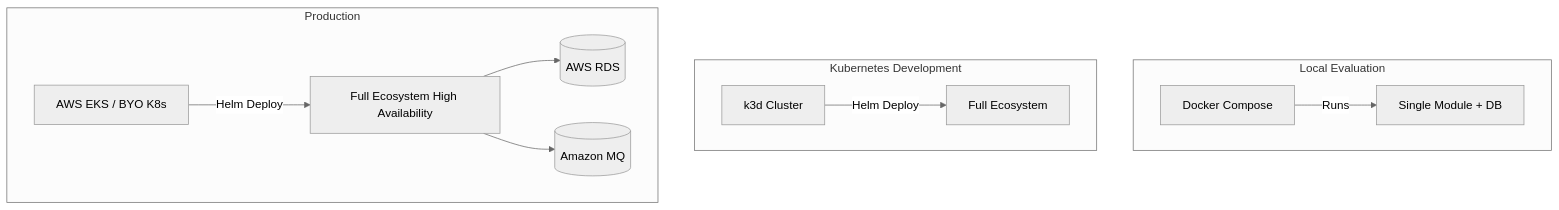
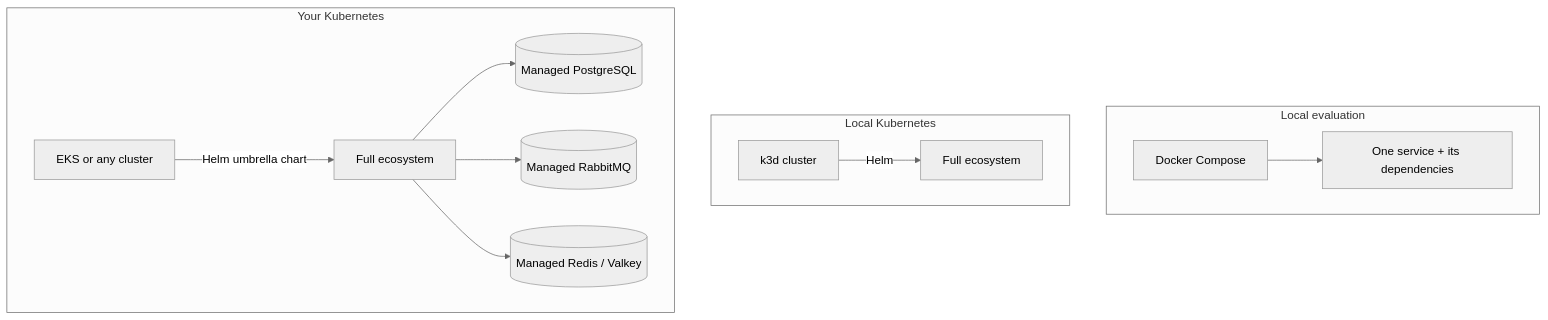
The sixth of 6 diagrams in introduction/architecture.md (Labs64/labs64.io-docs), drawn with Mermaid (neutral theme) before and after one commit. The commit also changed other lines of this file and 27 other files, not shown here.

First line of the commit message:
Make the public docs the primary architecture and module reference

````diff
--- a/introduction/architecture.md
+++ b/introduction/architecture.md
@@ -145,16 +150,15 @@
 ```mermaid
 flowchart TB
-    subgraph Local Evaluation
-        DC[Docker Compose] -->|Runs| M1[Single Module + DB]
+    subgraph local["Local evaluation"]
+        DC["Docker Compose"] --> M1["One service + its dependencies"]
     end
-    
-    subgraph Kubernetes Development
-        K3D[k3d Cluster] -->|Helm Deploy| E1[Full Ecosystem]
+    subgraph dev["Local Kubernetes"]
+        K3D["k3d cluster"] -->|"Helm"| E1["Full ecosystem"]
     end
-    
-    subgraph Production
-        EKS[AWS EKS / BYO K8s] -->|Helm Deploy| E2[Full Ecosystem High Availability]
-        E2 --> AWS_RDS[(AWS RDS)]
-        E2 --> AWS_MQ[(Amazon MQ)]
+    subgraph prod["Your Kubernetes"]
+        K8S["EKS or any cluster"] -->|"Helm umbrella chart"| E2["Full ecosystem"]
+        E2 --> RDS[("Managed PostgreSQL")]
+        E2 --> MQ2[("Managed RabbitMQ")]
+        E2 --> R2[("Managed Redis / Valkey")]
     end
 ```
````
